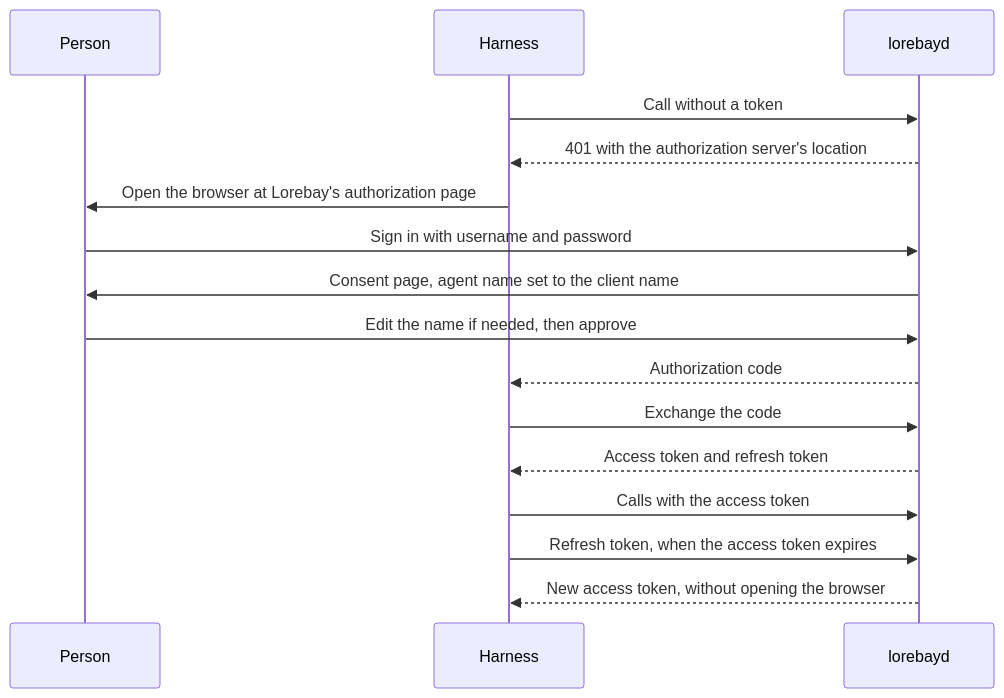
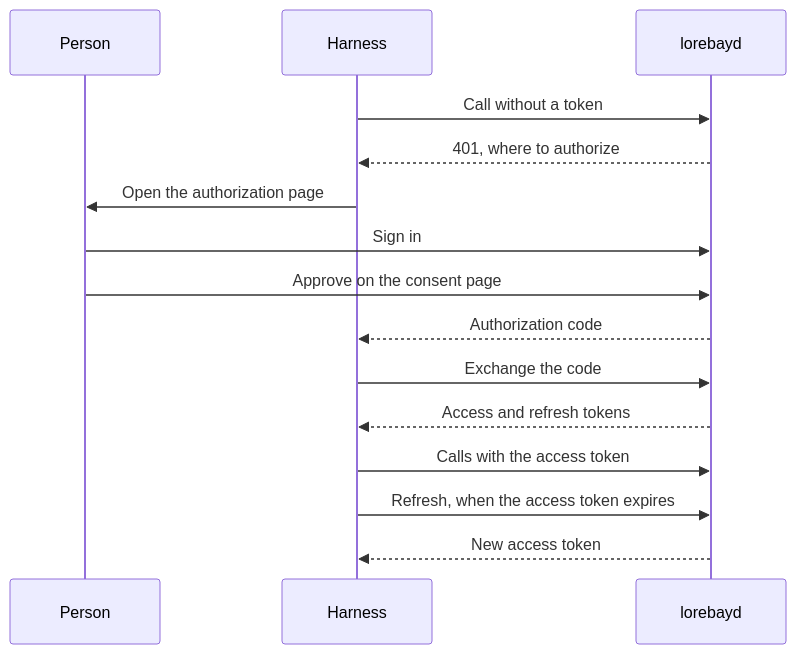
Before and after one commit to lorebayai/lorebay: the diagram in docs/architecture/identity.md, drawn with Mermaid. The commit also changed 4 other files, not shown here.

Commit message:
docs: shorten Mermaid labels so each diagram fits on one screen

````diff
--- a/docs/architecture/identity.md
+++ b/docs/architecture/identity.md
@@ -93,18 +93,17 @@
 ```mermaid
 sequenceDiagram
     participant P as Person
     participant H as Harness
     participant L as lorebayd
     H->>L: Call without a token
-    L-->>H: 401 with the authorization server's location
-    H->>P: Open the browser at Lorebay's authorization page
-    P->>L: Sign in with username and password
-    L->>P: Consent page, agent name set to the client name
-    P->>L: Edit the name if needed, then approve
+    L-->>H: 401, where to authorize
+    H->>P: Open the authorization page
+    P->>L: Sign in
+    P->>L: Approve on the consent page
     L-->>H: Authorization code
     H->>L: Exchange the code
-    L-->>H: Access token and refresh token
+    L-->>H: Access and refresh tokens
     H->>L: Calls with the access token
-    H->>L: Refresh token, when the access token expires
-    L-->>H: New access token, without opening the browser
+    H->>L: Refresh, when the access token expires
+    L-->>H: New access token
 ```
````
